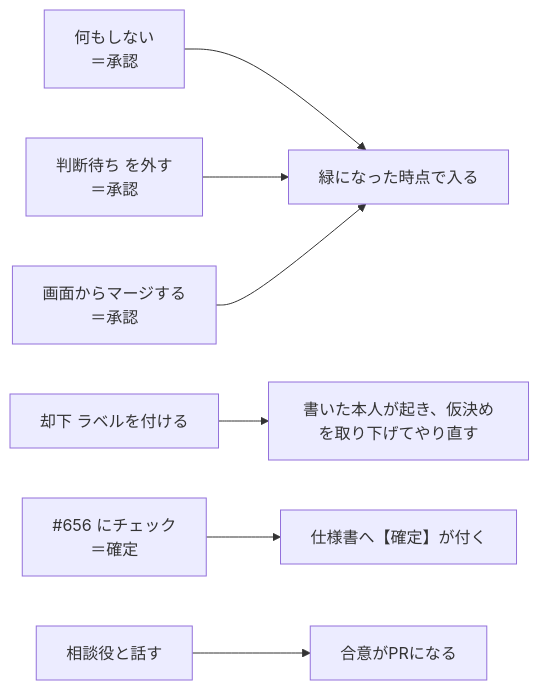
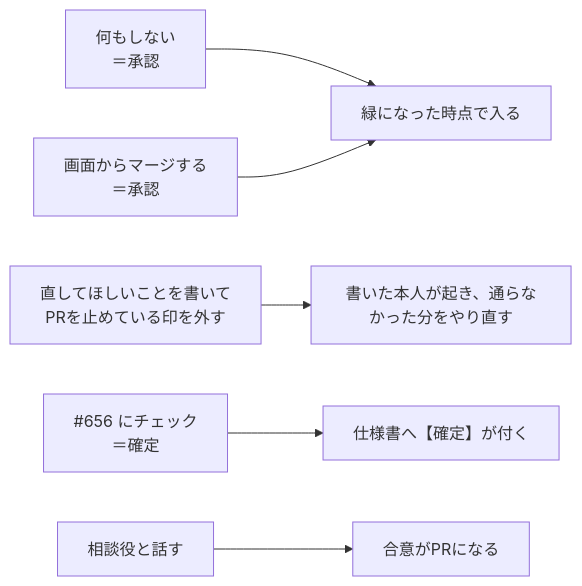
One commit to gooyyu1/UnmappedIsland changed the fourth of 5 diagrams in docs/ParallelAgents.md. Above: the diagram before and after it, drawn with Mermaid. The commit also changed other lines of this file and 11 other files, not shown here.

````diff
--- a/docs/ParallelAgents.md
+++ b/docs/ParallelAgents.md
@@ -289,9 +289,8 @@
 ```mermaid
 flowchart LR
     A["何もしない<br/>＝承認"] --> Done["緑になった時点で入る"]
-    E["判断待ち を外す<br/>＝承認"] --> Done
     F["画面からマージする<br/>＝承認"] --> Done
-    B["却下 ラベルを付ける"] --> Fix["書いた本人が起き、仮決めを取り下げてやり直す"]
+    B["直してほしいことを書いて<br/>PRを止めている印を外す"] --> Fix["書いた本人が起き、通らなかった分をやり直す"]
     C["#656 にチェック<br/>＝確定"] --> Mark["仕様書へ【確定】が付く"]
     D["相談役と話す"] --> Decide["合意がPRになる"]
 ```
````
